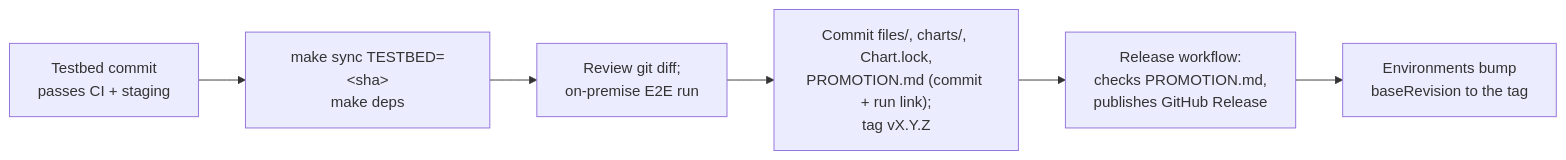
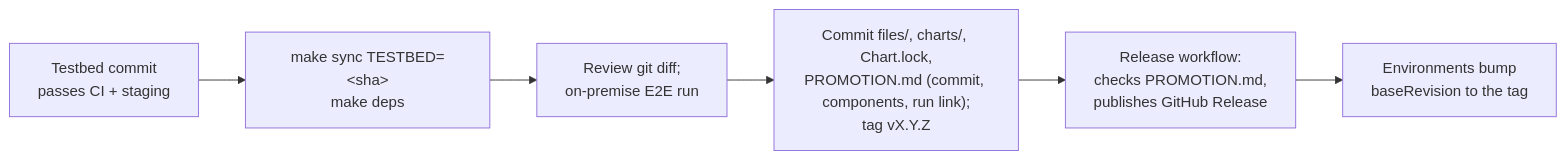
The third of 3 diagrams in README.md (RI-SCALE/dep-dlm-deployment), drawn with Mermaid before and after one commit. The commit also changed other lines of this file and 3 other files, not shown here.

First line of the commit message:
refactor: pull fts, opa and observability from dep-dlm-helm-charts

````diff
--- a/README.md
+++ b/README.md
@@ -179,8 +182,8 @@
 ```mermaid
 flowchart LR
   a["Testbed commit<br/>passes CI + staging"] --> b["make sync TESTBED=&lt;sha&gt;<br/>make deps"]
   b --> c["Review git diff;<br/>on-premise E2E run"]
-  c --> d["Commit files/, charts/, Chart.lock,<br/>PROMOTION.md (commit + run link);<br/>tag vX.Y.Z"]
+  c --> d["Commit files/, charts/, Chart.lock,<br/>PROMOTION.md (commit, components, run link);<br/>tag vX.Y.Z"]
   d --> r["Release workflow:<br/>checks PROMOTION.md,<br/>publishes GitHub Release"]
   r --> e["Environments bump<br/>baseRevision to the tag"]
 ```
````
